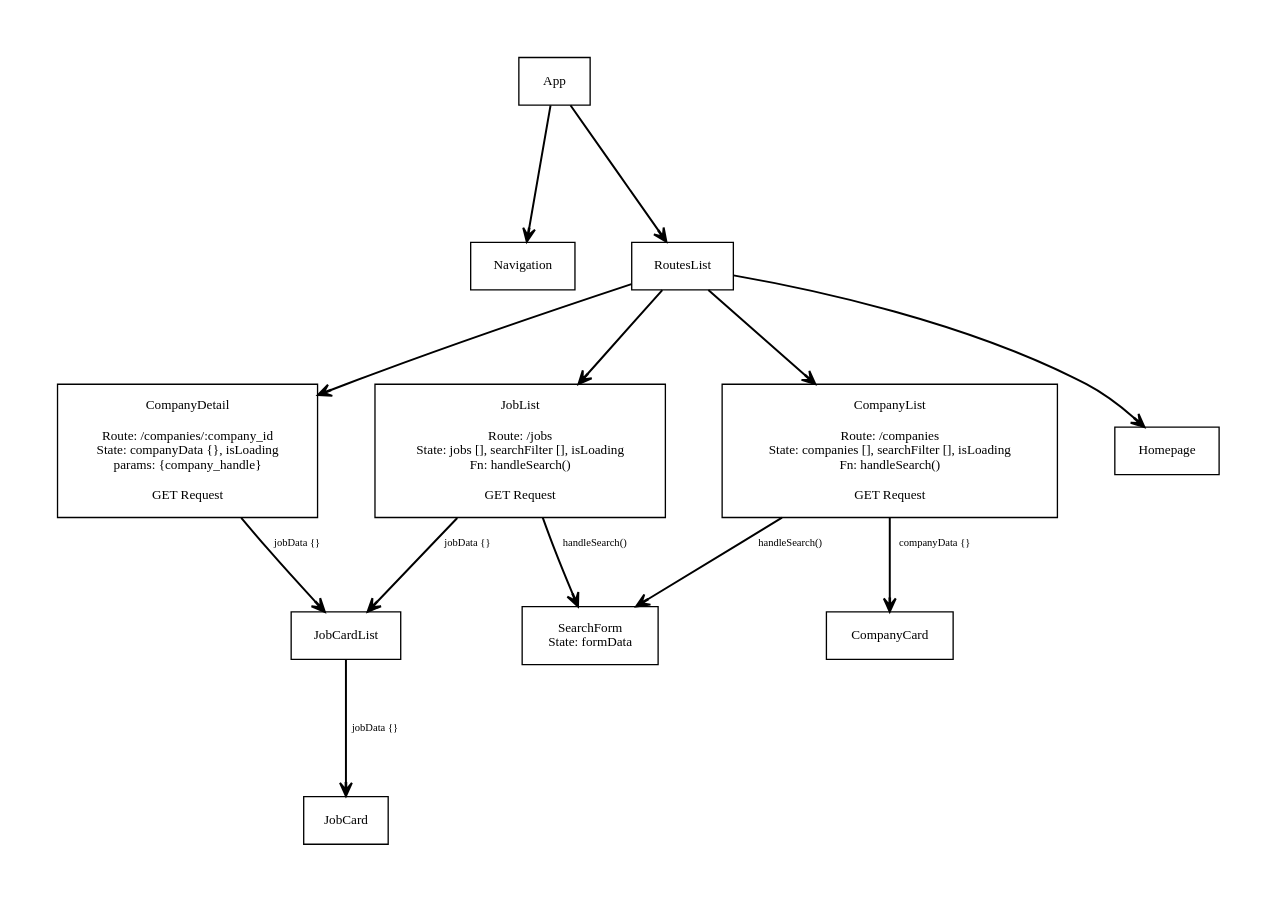
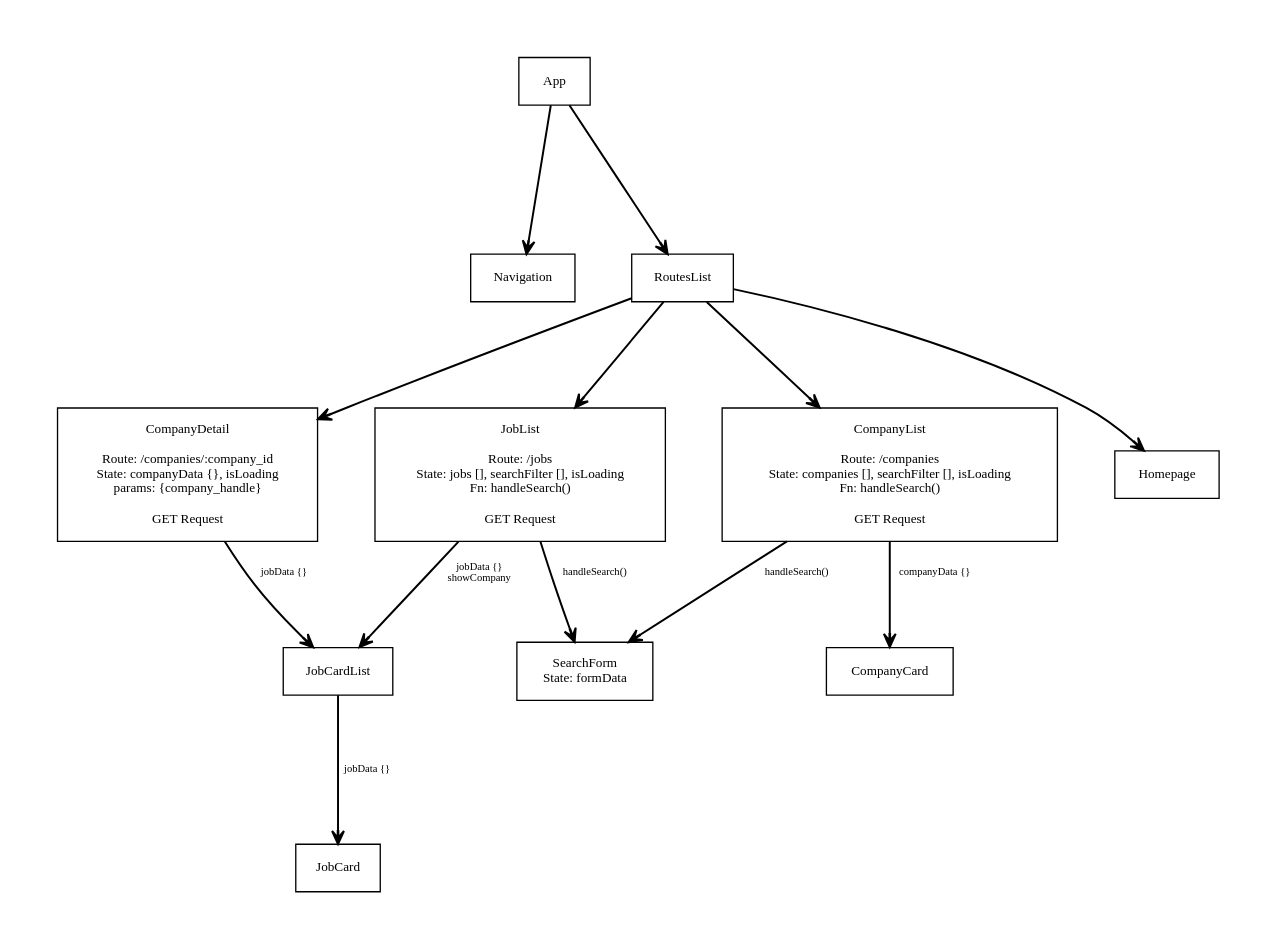
The diagram in diagram.dot (thwilson3/jobly-frontend), drawn with Graphviz before and after one commit. The commit also changed 8 other files, not shown here.

```diff
--- a/diagram.dot
+++ b/diagram.dot
@@ -1,51 +1,52 @@
 digraph Madlibs {
 
   // Light Mode
   graph [pad="0.5", ranksep="0.4 equally", nodesep="0.6", fontsize="10pt"];
   node [fontsize="10pt", shape="rectangle", margin="0.15"];
   edge [fontsize="8pt", penwidth="1.5", arrowhead="vee"];
 
   // Dark Mode
 //   graph [pad="0.5", ranksep="0.4 equally", nodesep="0.6", fontsize="10pt", bgcolor="black"];
 //   node [fontsize="10pt", shape="rectangle", margin="0.15", fontcolor="white", color="white", fillcolor="gray30", style="filled"];
 //   edge [fontsize="8pt", penwidth="1.5", arrowhead="vee", color="white", fontcolor="white"];
 
   // Nodes & Edges
 
   App [label="App\n"]
   NavBar [label="Navigation"]
   Routes [label="RoutesList\n"]
   Company [label="CompanyDetail\n\nRoute: /companies/:company_id\nState: companyData {}, isLoading\nparams: {company_handle}\n\nGET Request"]
   JobListing [label="JobList\n\nRoute: /jobs\nState: jobs [], searchFilter [], isLoading\nFn: handleSearch()\n\nGET Request"]
   CompanyListing [label="CompanyList\n\nRoute: /companies\nState: companies [], searchFilter [], isLoading\nFn: handleSearch()\n\nGET Request"]
   SearchBar [label="SearchForm\nState: formData"]
   JobCardList [label="JobCardList"]
 
 
   App -> NavBar
   App -> Routes
   Routes -> CompanyListing
   Routes -> JobListing
   Routes -> Company
   Routes -> Homepage
   CompanyListing -> CompanyCard [label="companyData {}"]
 
 
-  JobListing, Company -> JobCardList -> JobCard [label="jobData {}"]
+  JobListing -> JobCardList [label="jobData {}\nshowCompany"]
+  Company -> JobCardList -> JobCard [label="jobData {}"]
   JobListing, CompanyListing -> SearchBar [label="handleSearch()"]
 //   App -> Game
 
 //   Game -> StoryPicker [label="[titles]\n'buttonLabel'"]
 //   Game -> GameMode [label="{storyData}"]
 
 //   StoryPicker -> Button [label="'buttonLabel'"]
 
 //   GameMode -> Story [label="{storyData}\n'buttonLabel'\nresetStory()\n'storyTitle'"];
 //   GameMode -> StoryForm [label="[fields]\n'buttonLabel'\nsaveStory()"];
 
 //   Story -> Button [label="'buttonLabel'\nresetStory()"];
 //   StoryForm -> RenderFields [label="[fields]"];
 //   StoryForm -> Button [label="'buttonLabel'\nsaveStory()"];
 
 //   RenderFields -> Field [label="onChange()\n[formData]"]
 }
```
